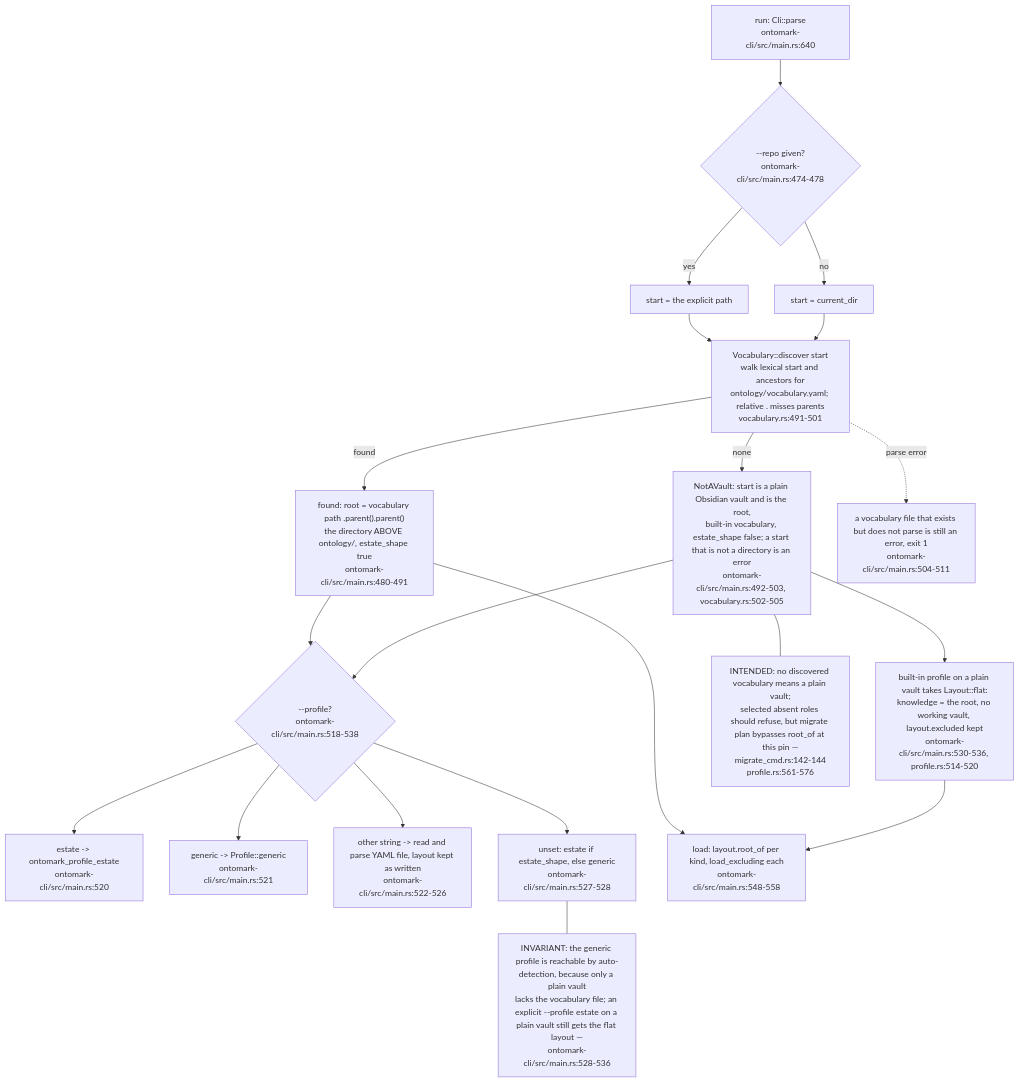
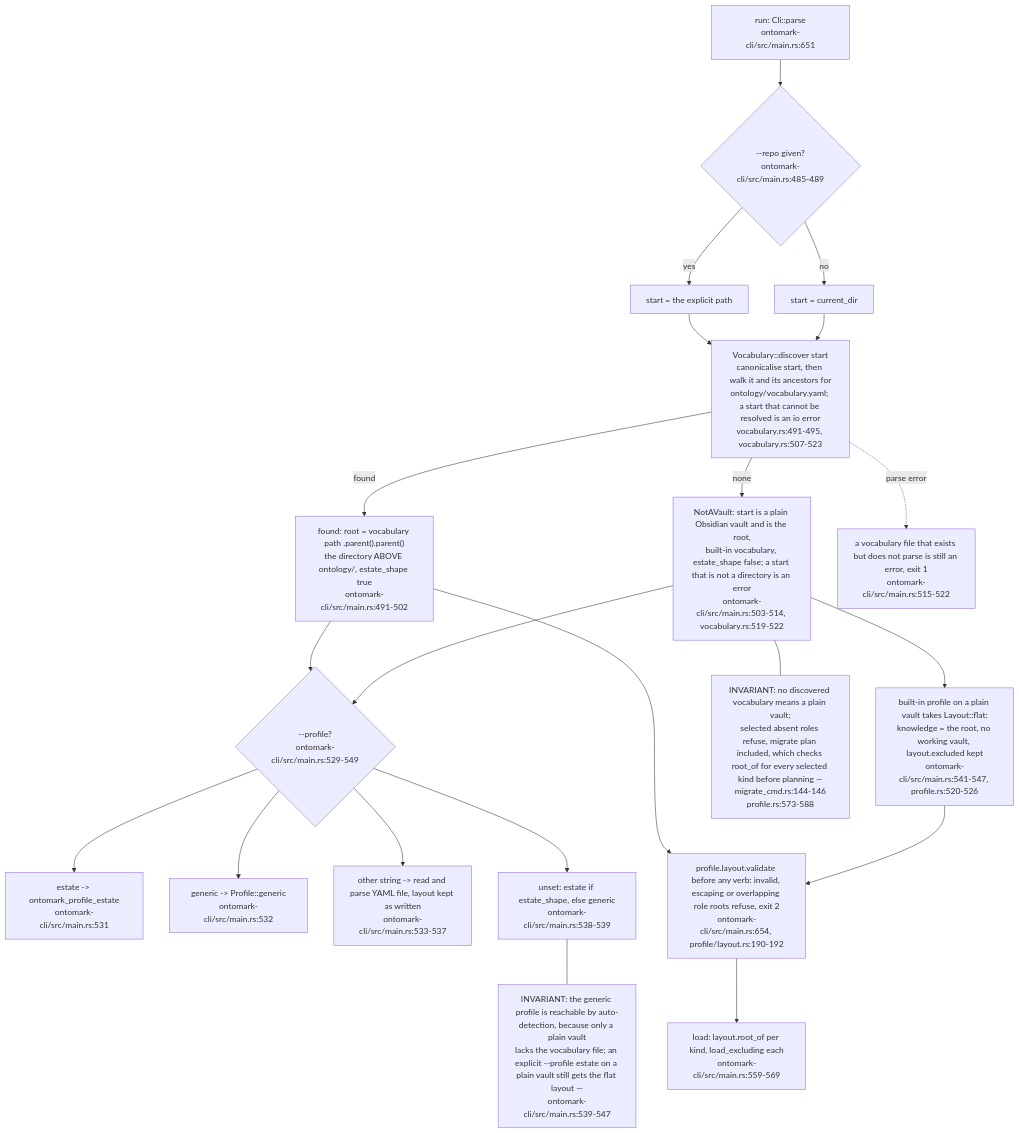
The fourth of 6 diagrams in docs/diagrams/ontomark/05-cli-commands-vault-selector-and-exit-codes.md (DreamLab-AI/VisionFlow), drawn with Mermaid before and after one commit. The commit also changed other lines of this file and 91 other files, not shown here.

First line of the commit message:
docs(audit): estate audit wave 2, every repository except agentbox and VisionClaw

````diff
--- a/docs/diagrams/ontomark/05-cli-commands-vault-selector-and-exit-codes.md
+++ b/docs/diagrams/ontomark/05-cli-commands-vault-selector-and-exit-codes.md
@@ -155,39 +158,41 @@
 ```mermaid
 flowchart TD
-    START["run: Cli::parse<br/>ontomark-cli/src/main.rs:640"]
-    EXPL{"--repo given?<br/>ontomark-cli/src/main.rs:474-478"}
+    START["run: Cli::parse<br/>ontomark-cli/src/main.rs:651"]
+    EXPL{"--repo given?<br/>ontomark-cli/src/main.rs:485-489"}
     P1["start = the explicit path"]
     P2["start = current_dir"]
-    DISC["Vocabulary::discover start<br/>walk lexical start and ancestors for<br/>ontology/vocabulary.yaml; relative . misses parents<br/>vocabulary.rs:491-501"]
-    ESTATE["found: root = vocabulary path .parent().parent()<br/>the directory ABOVE ontology/, estate_shape true<br/>ontomark-cli/src/main.rs:480-491"]
-    PLAIN["NotAVault: start is a plain Obsidian vault and is the root,<br/>built-in vocabulary, estate_shape false; a start that is not a directory is an error<br/>ontomark-cli/src/main.rs:492-503, vocabulary.rs:502-505"]
-    BADV["a vocabulary file that exists but does not parse is still an error, exit 1<br/>ontomark-cli/src/main.rs:504-511"]
-    PROF{"--profile?<br/>ontomark-cli/src/main.rs:518-538"}
-    EST["estate -> ontomark_profile_estate<br/>ontomark-cli/src/main.rs:520"]
-    GEN["generic -> Profile::generic<br/>ontomark-cli/src/main.rs:521"]
-    YAML["other string -> read and parse YAML file, layout kept as written<br/>ontomark-cli/src/main.rs:522-526"]
-    AUTO["unset: estate if estate_shape, else generic<br/>ontomark-cli/src/main.rs:527-528"]
-    FLAT["built-in profile on a plain vault takes Layout::flat:<br/>knowledge = the root, no working vault, layout.excluded kept<br/>ontomark-cli/src/main.rs:530-536, profile.rs:514-520"]
-    LOAD["load: layout.root_of per kind, load_excluding each<br/>ontomark-cli/src/main.rs:548-558"]
+    DISC["Vocabulary::discover start<br/>canonicalise start, then walk it and its ancestors for<br/>ontology/vocabulary.yaml; a start that cannot be resolved is an io error<br/>vocabulary.rs:491-495, vocabulary.rs:507-523"]
+    ESTATE["found: root = vocabulary path .parent().parent()<br/>the directory ABOVE ontology/, estate_shape true<br/>ontomark-cli/src/main.rs:491-502"]
+    PLAIN["NotAVault: start is a plain Obsidian vault and is the root,<br/>built-in vocabulary, estate_shape false; a start that is not a directory is an error<br/>ontomark-cli/src/main.rs:503-514, vocabulary.rs:519-522"]
+    BADV["a vocabulary file that exists but does not parse is still an error, exit 1<br/>ontomark-cli/src/main.rs:515-522"]
+    PROF{"--profile?<br/>ontomark-cli/src/main.rs:529-549"}
+    EST["estate -> ontomark_profile_estate<br/>ontomark-cli/src/main.rs:531"]
+    GEN["generic -> Profile::generic<br/>ontomark-cli/src/main.rs:532"]
+    YAML["other string -> read and parse YAML file, layout kept as written<br/>ontomark-cli/src/main.rs:533-537"]
+    AUTO["unset: estate if estate_shape, else generic<br/>ontomark-cli/src/main.rs:538-539"]
+    FLAT["built-in profile on a plain vault takes Layout::flat:<br/>knowledge = the root, no working vault, layout.excluded kept<br/>ontomark-cli/src/main.rs:541-547, profile.rs:520-526"]
+    LCHK["profile.layout.validate before any verb: invalid, escaping or overlapping role roots refuse, exit 2<br/>ontomark-cli/src/main.rs:654, profile/layout.rs:190-192"]
+    LOAD["load: layout.root_of per kind, load_excluding each<br/>ontomark-cli/src/main.rs:559-569"]
     START --> EXPL
     EXPL -->|yes| P1
     EXPL -->|no| P2
     P1 --> DISC
     P2 --> DISC
     DISC -->|found| ESTATE
     DISC -->|none| PLAIN
     DISC -.->|parse error| BADV
     ESTATE --> PROF
     PLAIN --> PROF
     PROF --> EST
     PROF --> GEN
     PROF --> YAML
     PROF --> AUTO
     PLAIN --> FLAT
-    ESTATE --> LOAD
-    FLAT --> LOAD
-    n1["INTENDED: no discovered vocabulary means a plain vault;<br/>selected absent roles should refuse, but migrate plan bypasses root_of at this pin —<br/>migrate_cmd.rs:142-144<br/>profile.rs:561-576"]
-    n2["INVARIANT: the generic profile is reachable by auto-detection, because only a plain vault<br/>lacks the vocabulary file; an explicit --profile estate on a plain vault still gets the flat layout —<br/>ontomark-cli/src/main.rs:528-536"]
+    ESTATE --> LCHK
+    FLAT --> LCHK
+    LCHK --> LOAD
+    n1["INVARIANT: no discovered vocabulary means a plain vault;<br/>selected absent roles refuse, migrate plan included, which checks root_of for every selected kind before planning —<br/>migrate_cmd.rs:144-146<br/>profile.rs:573-588"]
+    n2["INVARIANT: the generic profile is reachable by auto-detection, because only a plain vault<br/>lacks the vocabulary file; an explicit --profile estate on a plain vault still gets the flat layout —<br/>ontomark-cli/src/main.rs:539-547"]
     PLAIN --- n1
     AUTO --- n2
 ```
````
